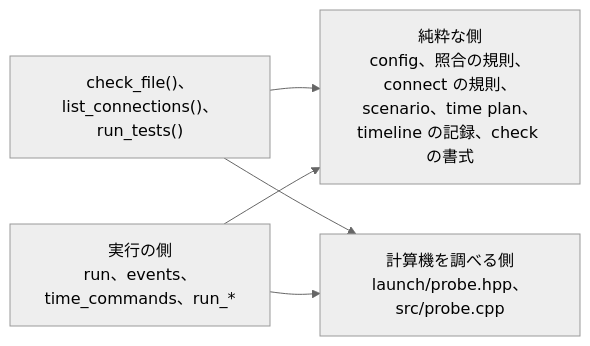
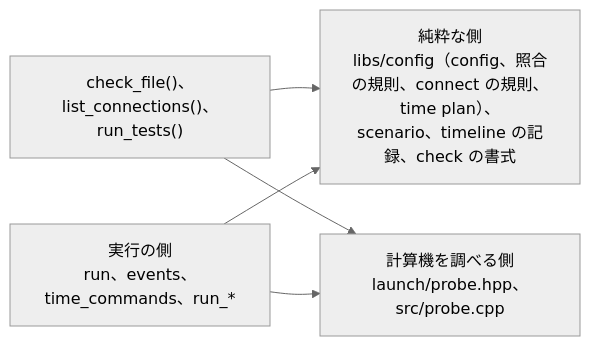
Before and after one commit to rahanahu/vehicle-sil: the second of 3 diagrams in docs/ja/architecture.md, drawn with Mermaid (neutral theme). The commit also changed other lines of this file and 89 other files, not shown here.

First line of the commit message:
build: split the configuration and its check into libs/config (#285)

````diff
--- a/docs/ja/architecture.md
+++ b/docs/ja/architecture.md
@@ -219,11 +220,11 @@
 ```mermaid
 flowchart LR
-    pure["純粋な側<br>config、照合の規則、connect の規則、<br>scenario、time plan、timeline の記録、check の書式"]
+    pure["純粋な側<br>libs/config（config、照合の規則、connect の規則、time plan）、<br>scenario、timeline の記録、check の書式"]
     assemble["check_file()、list_connections()、run_tests()"]
     probe["計算機を調べる側<br>launch/probe.hpp、src/probe.cpp"]
     run["実行の側<br>run、events、time_commands、run_*"]
     assemble --> pure
     assemble --> probe
     run --> pure
     run --> probe
 ```
````
